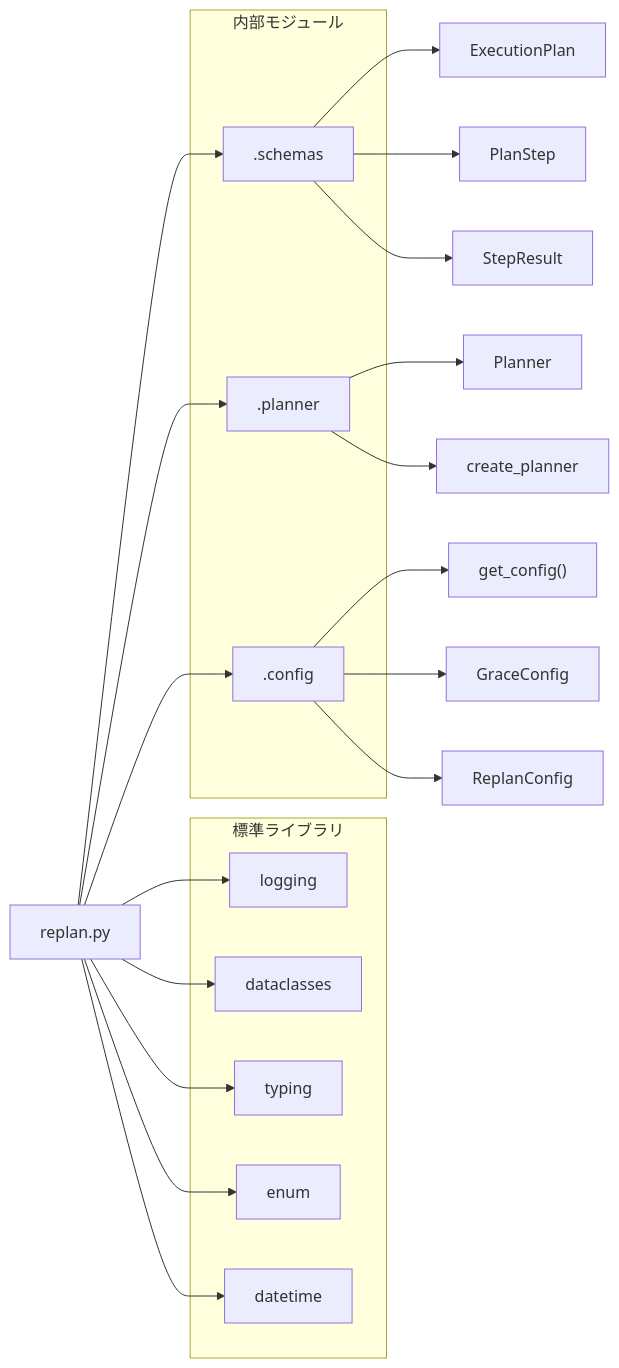
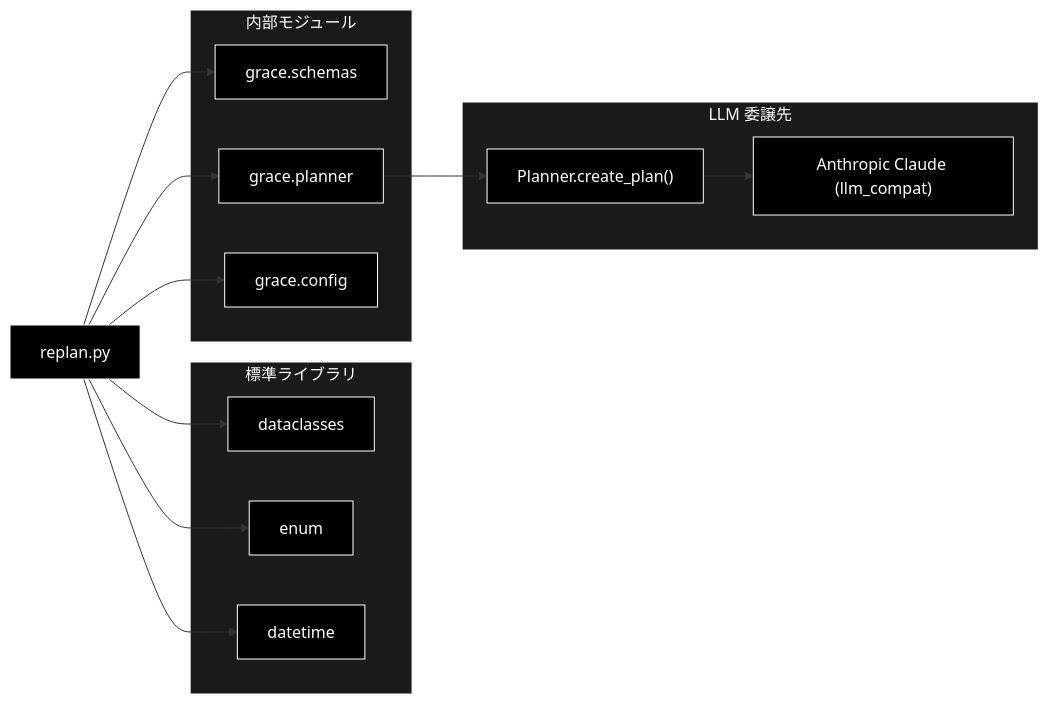
One commit to nakashima2toshio/anthropic_grace_agent_v2 changed the third of 3 diagrams in grace/doc/replan.md. Above: the diagram before and after it, drawn with Mermaid. The commit also changed other lines of this file and 9 other files, not shown here.

````diff
--- a/grace/doc/replan.md
+++ b/grace/doc/replan.md
@@ -1410,36 +1029,36 @@
 ```mermaid
 flowchart LR
     REPLAN["replan.py"]
 
     subgraph STDLIB["標準ライブラリ"]
-        LOGGING[logging]
-        DATACLASSES[dataclasses]
-        TYPING[typing]
-        ENUM[enum]
-        DATETIME[datetime]
+        DC["dataclasses"]
+        EN["enum"]
+        DT["datetime"]
     end
 
     subgraph INTERNAL["内部モジュール"]
-        SCHEMAS[".schemas"]
-        PLANNER[".planner"]
-        CONFIG[".config"]
+        SCHEMAS["grace.schemas"]
+        PLANNER["grace.planner"]
+        CONFIG["grace.config"]
     end
 
-    REPLAN --> LOGGING
-    REPLAN --> DATACLASSES
-    REPLAN --> TYPING
-    REPLAN --> ENUM
-    REPLAN --> DATETIME
+    subgraph LLMCHAIN["LLM 委譲先"]
+        PCLASS["Planner.create_plan()"]
+        CLAUDE["Anthropic Claude (llm_compat)"]
+    end
+
+    REPLAN --> DC
+    REPLAN --> EN
+    REPLAN --> DT
     REPLAN --> SCHEMAS
     REPLAN --> PLANNER
     REPLAN --> CONFIG
-
-    SCHEMAS --> S1[ExecutionPlan]
-    SCHEMAS --> S2[PlanStep]
-    SCHEMAS --> S3[StepResult]
-    PLANNER --> P1[Planner]
-    PLANNER --> P2[create_planner]
-    CONFIG --> C1["get_config()"]
-    CONFIG --> C2[GraceConfig]
-    CONFIG --> C3[ReplanConfig]
+    PLANNER --> PCLASS
+    PCLASS --> CLAUDE
+classDef default fill:#000,stroke:#fff,color:#fff
+classDef subgraphStyle fill:#1a1a1a,stroke:#fff,color:#fff
+class REPLAN,DC,EN,DT,SCHEMAS,PLANNER,CONFIG,PCLASS,CLAUDE default
+style STDLIB fill:#1a1a1a,stroke:#fff,color:#fff
+style INTERNAL fill:#1a1a1a,stroke:#fff,color:#fff
+style LLMCHAIN fill:#1a1a1a,stroke:#fff,color:#fff
 ```
````
